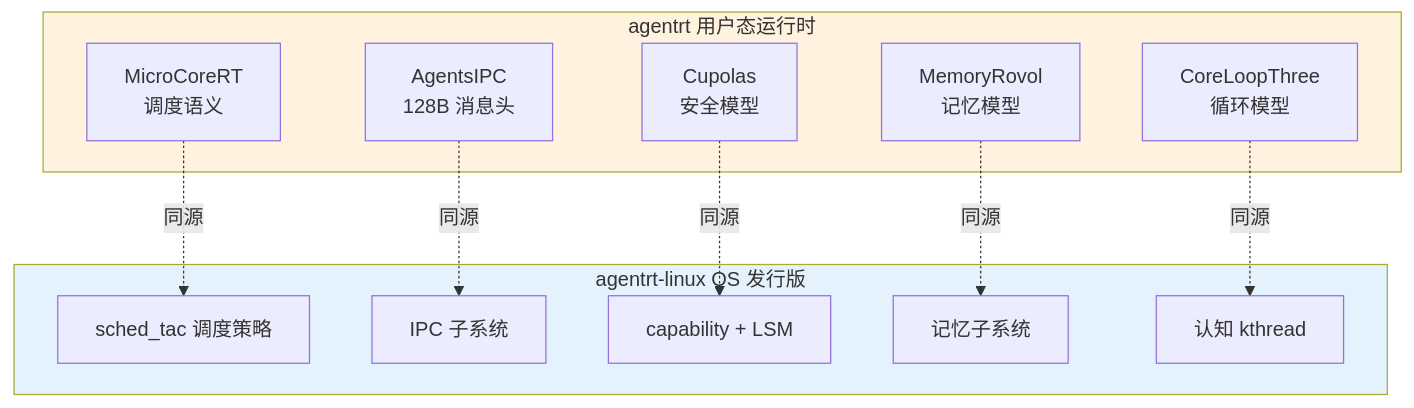
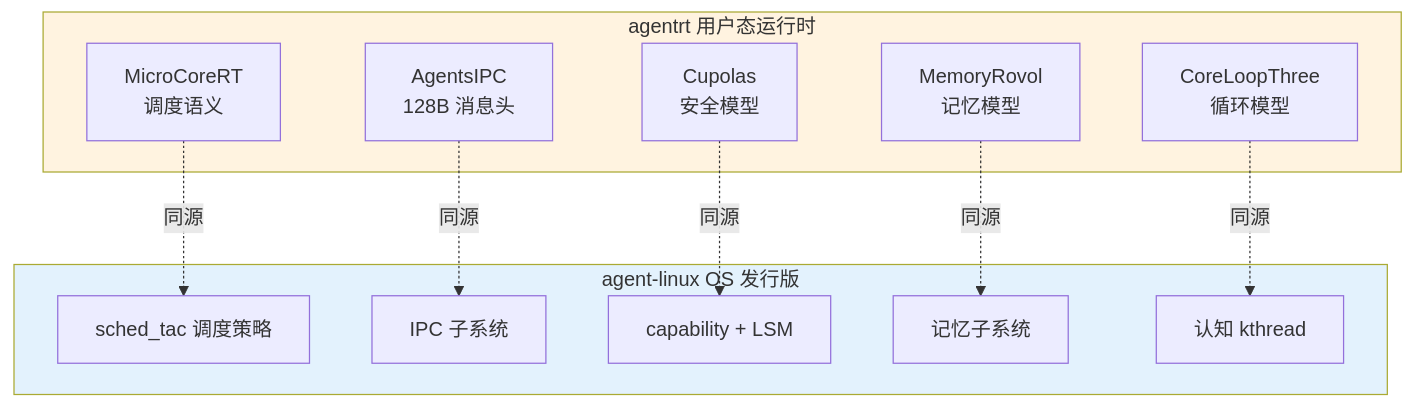
One commit to openairymax/docs-linux changed the second of 2 diagrams in 130-roadmap/01-development-strategy.md. Above: the diagram before and after it, drawn with Mermaid. The commit also changed other lines of this file and 172 other files, not shown here.

Commit message:
docs: rename agentrt-linux to agent-linux across docs v0.1.3 双工程结构：agentrt-linux 改名 agent-linux。docs 全仓 186 个 文件中的 agentrt-linux 引用统一为 agent-linux（AirymaxOS 工程名/ URL/路径引用；commit hash 与历史不变）。

````diff
--- a/130-roadmap/01-development-strategy.md
+++ b/130-roadmap/01-development-strategy.md
@@ -316,24 +316,24 @@
 ```mermaid
 graph TB
     subgraph agentrt[agentrt 用户态运行时]
         A1[MicroCoreRT<br/>调度语义]
         A2[AgentsIPC<br/>128B 消息头]
         A3[Cupolas<br/>安全模型]
         A4[MemoryRovol<br/>记忆模型]
         A5[CoreLoopThree<br/>循环模型]
     end
-    subgraph agentrt-linux[agentrt-linux OS 发行版]
+    subgraph agent-linux[agent-linux OS 发行版]
         O1[sched_tac 调度策略]
         O2[IPC 子系统]
         O3[capability + LSM]
         O4[记忆子系统]
         O5[认知 kthread]
     end
     A1 -.同源.-> O1
     A2 -.同源.-> O2
     A3 -.同源.-> O3
     A4 -.同源.-> O4
     A5 -.同源.-> O5
     style agentrt fill:#fff3e0
-    style agentrt-linux fill:#e3f2fd
+    style agent-linux fill:#e3f2fd
 ```
````
